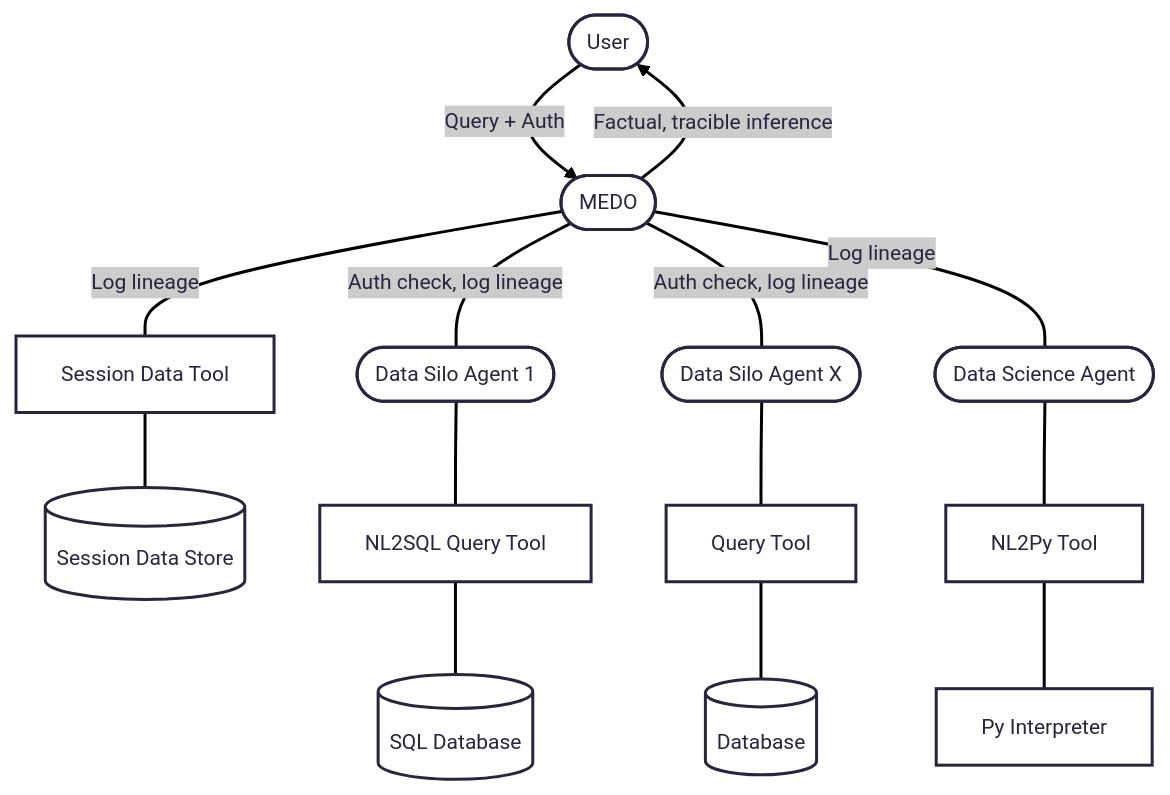
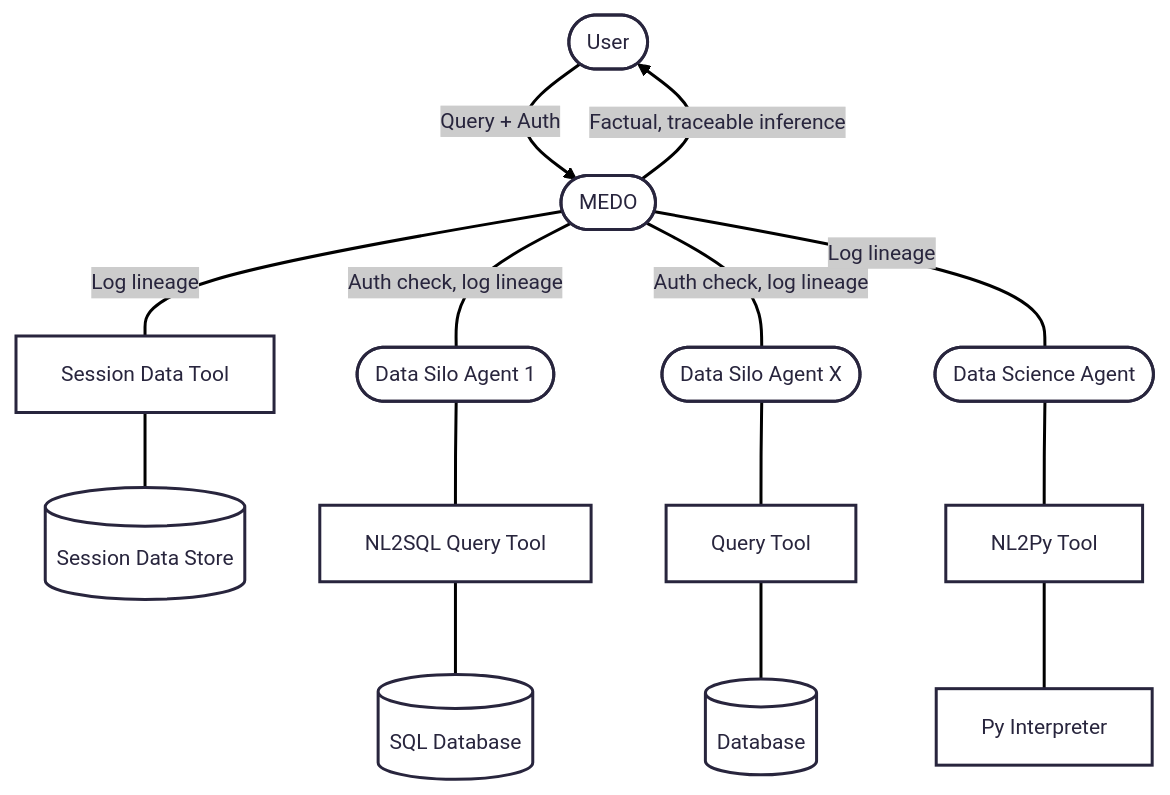
The diagram in prototype/docs/architectural_diagram_2025_05_17.mmd (KemingHe/medo), drawn with Mermaid before and after one commit.

Commit message:
docs(prototype/docs/architectural_diagram_2025_05_17.mmd): fixed typo

```diff
--- a/prototype/docs/architectural_diagram_2025_05_17.mmd
+++ b/prototype/docs/architectural_diagram_2025_05_17.mmd
@@ -1,38 +1,38 @@
 ---
 config:
       theme: redux
 ---
 flowchart TD
         USER(["User"])
         MEDO(["MEDO"])
         SESSION_DATA_TOOL["Session Data Tool"]
         SESSION_DATA_STORE[("Session Data Store")]
 
         SILO_AGENT1(["Data Silo Agent 1"])
         SILO_AGENT1_TOOL1["NL2SQL Query Tool"]
         SILO_AGENT1_TOOL1_DB[("SQL Database")]
 
         SILO_AGENTX(["Data Silo Agent X"])
         SILO_AGENTX_TOOL1["Query Tool"]
         SILO_AGENTX_TOOL1_DB[("Database")]
 
         DATA_SCI_AGENT(["Data Science Agent"])
         DATA_SCI_AGENT_TOOL1["NL2Py Tool"]
         DATA_SCI_AGENT_TOOL1_INTER["Py Interpreter"]
 
         USER -->|"Query + Auth"| MEDO
-        MEDO -->|"Factual, tracible inference"|USER
+        MEDO -->|"Factual, traceable inference"|USER
         MEDO ---|"Auth check, log lineage"| SILO_AGENT1
         MEDO ---|"Auth check, log lineage"| SILO_AGENTX
         MEDO ---|"Log lineage"| DATA_SCI_AGENT
         MEDO ---|"Log lineage"| SESSION_DATA_TOOL
         SESSION_DATA_TOOL --- SESSION_DATA_STORE
 
         SILO_AGENT1 --- SILO_AGENT1_TOOL1
         SILO_AGENT1_TOOL1 --- SILO_AGENT1_TOOL1_DB
 
         SILO_AGENTX --- SILO_AGENTX_TOOL1
         SILO_AGENTX_TOOL1 --- SILO_AGENTX_TOOL1_DB
 
         DATA_SCI_AGENT --- DATA_SCI_AGENT_TOOL1
         DATA_SCI_AGENT_TOOL1 --- DATA_SCI_AGENT_TOOL1_INTER
```
